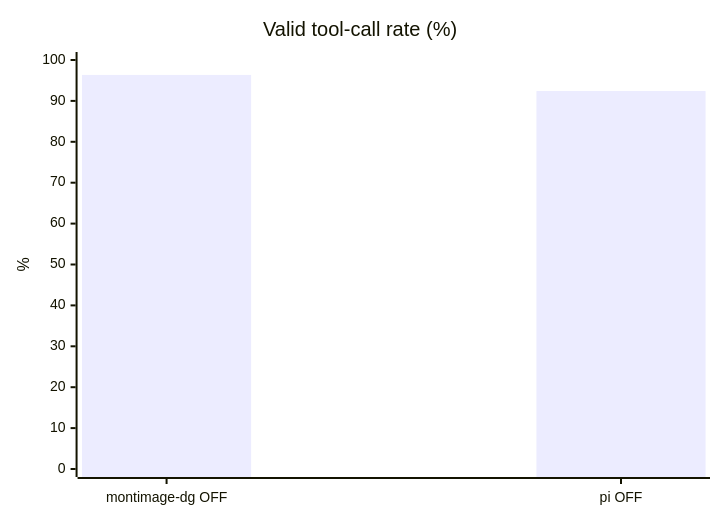
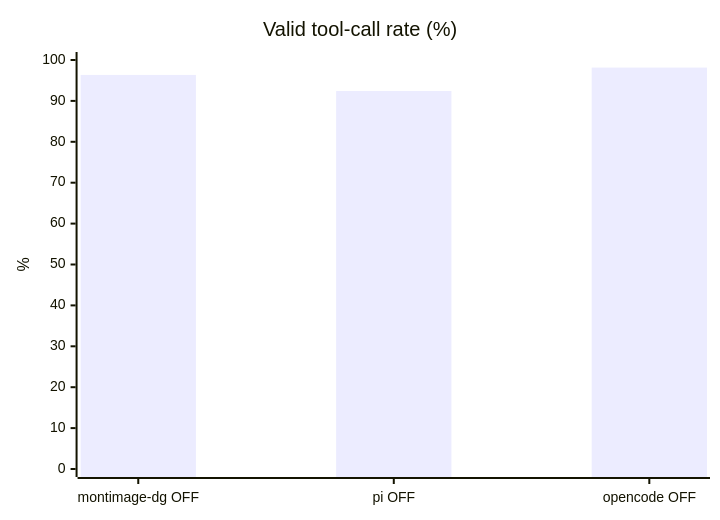
One commit to luongnv89/dgx-spark-llm-lab changed the fifth of 6 diagrams in results/2026-08-20-pi-harness/REPORT-hard.md. Above: the diagram before and after it, drawn with Mermaid. The commit also changed other lines of this file and 9 other files, not shown here.

````diff
--- a/results/2026-08-20-pi-harness/REPORT-hard.md
+++ b/results/2026-08-20-pi-harness/REPORT-hard.md
@@ -58,7 +59,7 @@
 ```mermaid
 xychart-beta
     title "Valid tool-call rate (%)"
-    x-axis ["montimage-dg OFF", "pi OFF"]
+    x-axis ["montimage-dg OFF", "pi OFF", "opencode OFF"]
     y-axis "%" 0 --> 100
-    bar [96.35, 92.41]
+    bar [96.35, 92.41, 98.15]
 ```
````
